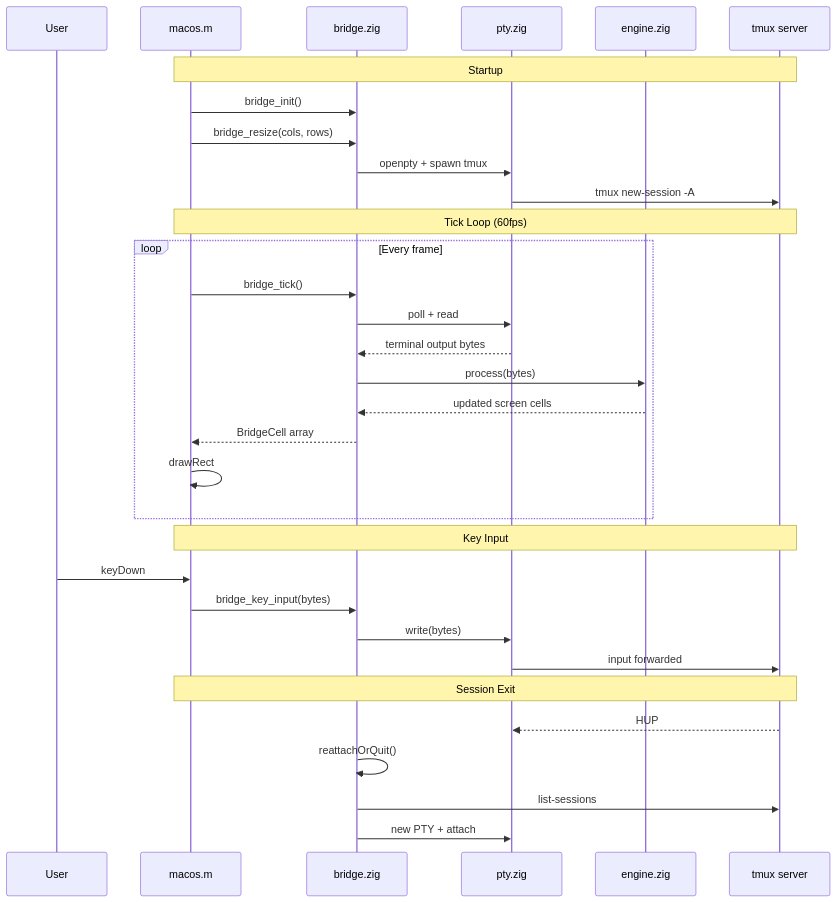
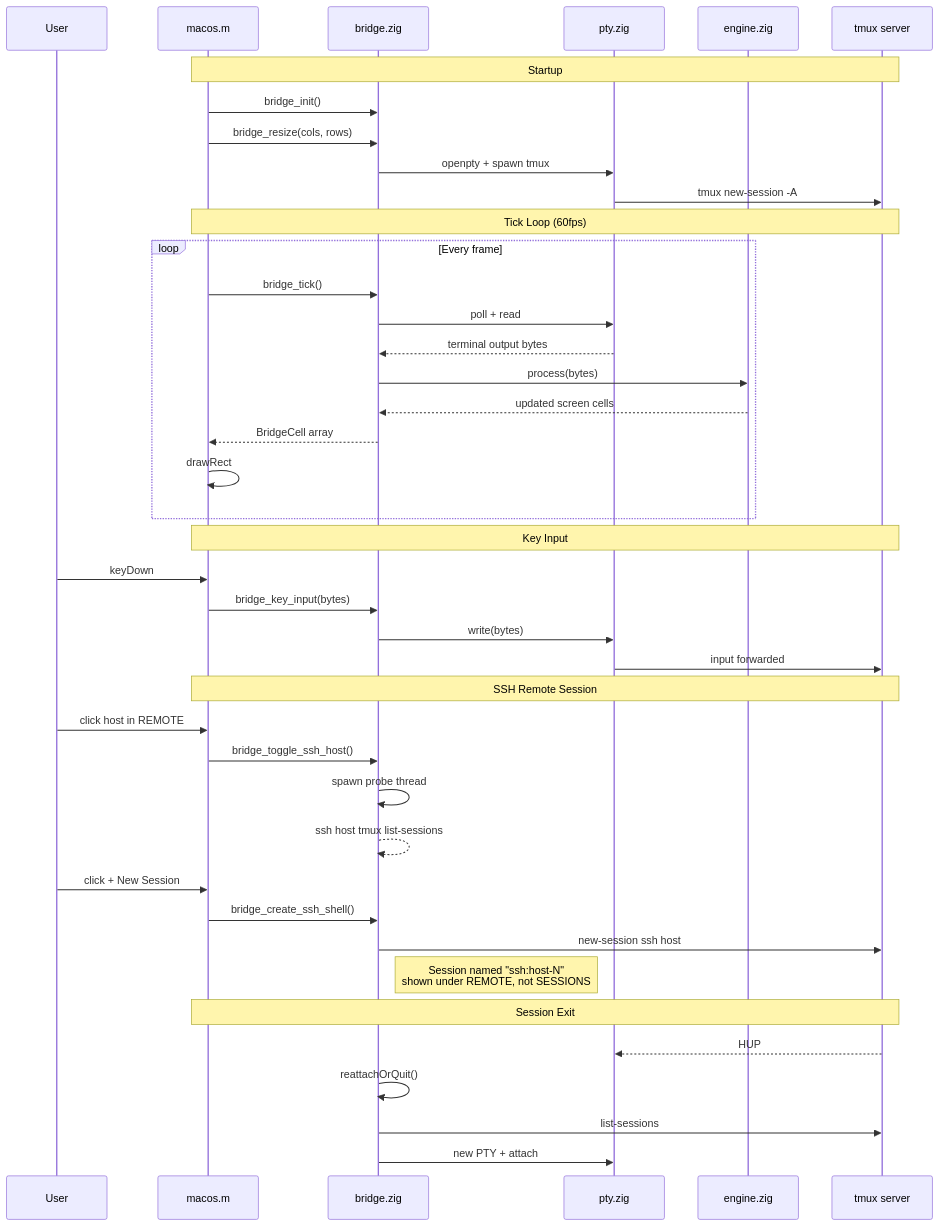
One commit to Cypressxyx/MultiplexTerm changed the second of 2 diagrams in AGENTS.md. Above: the diagram before and after it, drawn with Mermaid. The commit also changed other lines of this file and 3 other files, not shown here.

First line of the commit message:
Add SSH sessions under REMOTE, drag-and-drop file paste, in-app host dialog

````diff
--- a/AGENTS.md
+++ b/AGENTS.md
@@ -86,38 +99,48 @@
 ```mermaid
 sequenceDiagram
     participant User
     participant GUI as macos.m
     participant Bridge as bridge.zig
     participant PTY as pty.zig
     participant Engine as engine.zig
     participant Tmux as tmux server
 
     Note over GUI,Tmux: Startup
     GUI->>Bridge: bridge_init()
     GUI->>Bridge: bridge_resize(cols, rows)
     Bridge->>PTY: openpty + spawn tmux
     PTY->>Tmux: tmux new-session -A
 
     Note over GUI,Tmux: Tick Loop (60fps)
     loop Every frame
         GUI->>Bridge: bridge_tick()
         Bridge->>PTY: poll + read
         PTY-->>Bridge: terminal output bytes
         Bridge->>Engine: process(bytes)
         Engine-->>Bridge: updated screen cells
         Bridge-->>GUI: BridgeCell array
         GUI->>GUI: drawRect
     end
 
     Note over GUI,Tmux: Key Input
     User->>GUI: keyDown
     GUI->>Bridge: bridge_key_input(bytes)
     Bridge->>PTY: write(bytes)
     PTY->>Tmux: input forwarded
 
+    Note over GUI,Tmux: SSH Remote Session
+    User->>GUI: click host in REMOTE
+    GUI->>Bridge: bridge_toggle_ssh_host()
+    Bridge->>Bridge: spawn probe thread
+    Bridge-->>Bridge: ssh host tmux list-sessions
+    User->>GUI: click + New Session
+    GUI->>Bridge: bridge_create_ssh_shell()
+    Bridge->>Tmux: new-session ssh host
+    Note right of Bridge: Session named "ssh:host-N"<br/>shown under REMOTE, not SESSIONS
+
     Note over GUI,Tmux: Session Exit
     Tmux-->>PTY: HUP
     Bridge->>Bridge: reattachOrQuit()
     Bridge->>Tmux: list-sessions
     Bridge->>PTY: new PTY + attach
 ```
````
